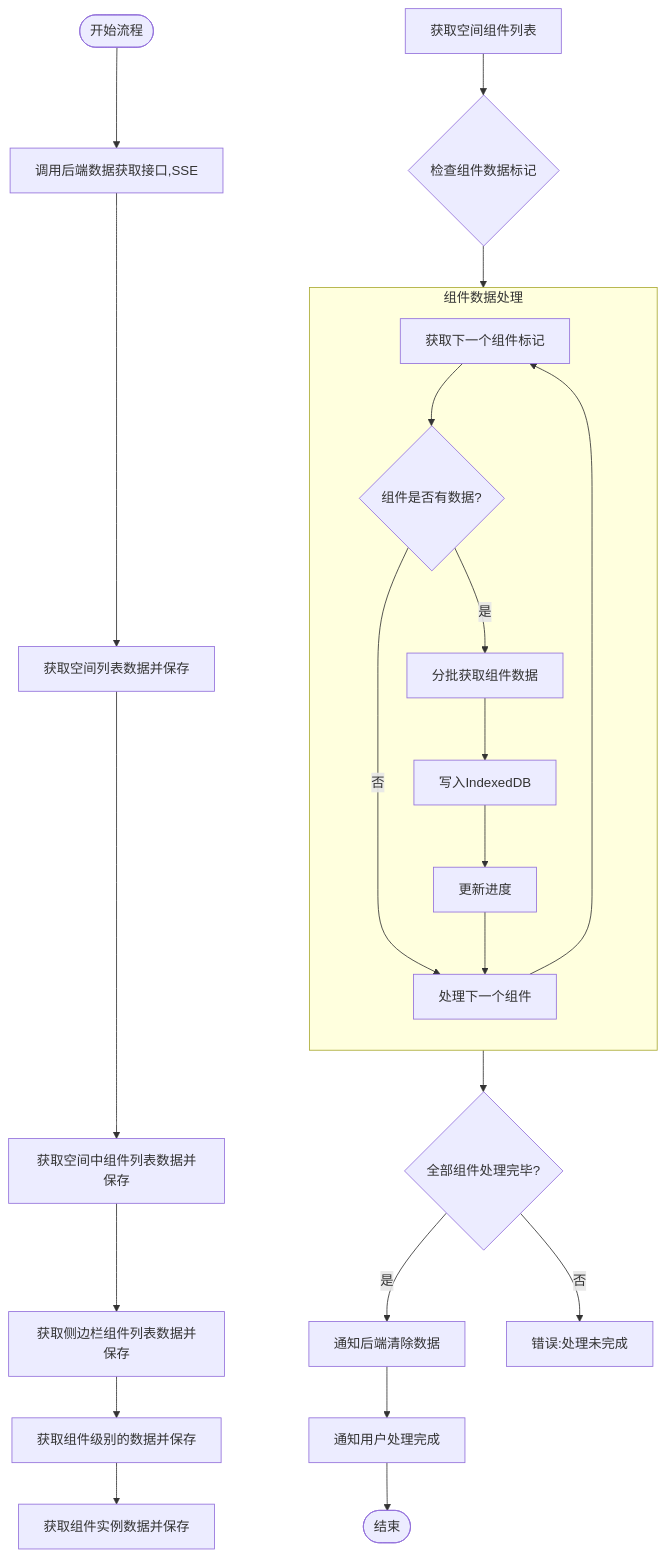
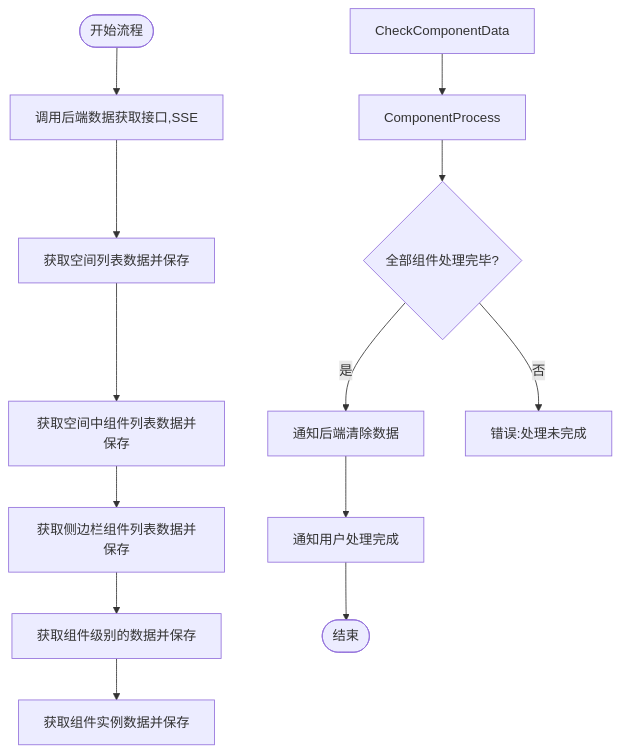
Before and after one commit to yingjianzh/iodraw-files: the diagram in all/未命名-59.md, drawn with Mermaid.

Commit message:
2025-05-14 14:54:34 update

````diff
--- a/all/未命名-59.md
+++ b/all/未命名-59.md
@@ -1,38 +1,28 @@
 ```mermaid
 
 flowchart TD
     Start([开始流程]) --> FetchData[调用后端数据获取接口,SSE]
     FetchData --> FetchSpaceData[获取空间列表数据并保存]
    
     FetchSpaceData --> FetchSpaceComponent[获取空间中组件列表数据并保存]
 
     FetchSpaceComponent --> FetchSiderComponent[获取侧边栏组件列表数据并保存]
 
     FetchSiderComponent --> FetchComponent[获取组件级别的数据并保存]
 
     FetchComponent --> FetchInstance[获取组件实例数据并保存]
     
-    FetchComponentList[获取空间组件列表]
-    FetchComponentList --> CheckComponentData{检查组件数据标记}
+  
     
-    subgraph ComponentProcess [组件数据处理]
-        direction TB
-        A[获取下一个组件标记] --> B{组件是否有数据?}
-        B -->|否| NextComponent[处理下一个组件]
-        B -->|是| C[分批获取组件数据]
-        C --> D[写入IndexedDB]
-        D --> UpdateProgress[更新进度]
-        UpdateProgress --> NextComponent
-        NextComponent --> A
-    end
+   
     
     CheckComponentData --> ComponentProcess
     ComponentProcess --> AllComponentsProcessed{全部组件处理完毕?}
     
     AllComponentsProcessed -->|是| ClearServerData[通知后端清除数据]
     AllComponentsProcessed -->|否| Error3[错误:处理未完成]
     
     ClearServerData --> CompletionNotification[通知用户处理完成]
     CompletionNotification --> End([结束])
 
 ```
````
